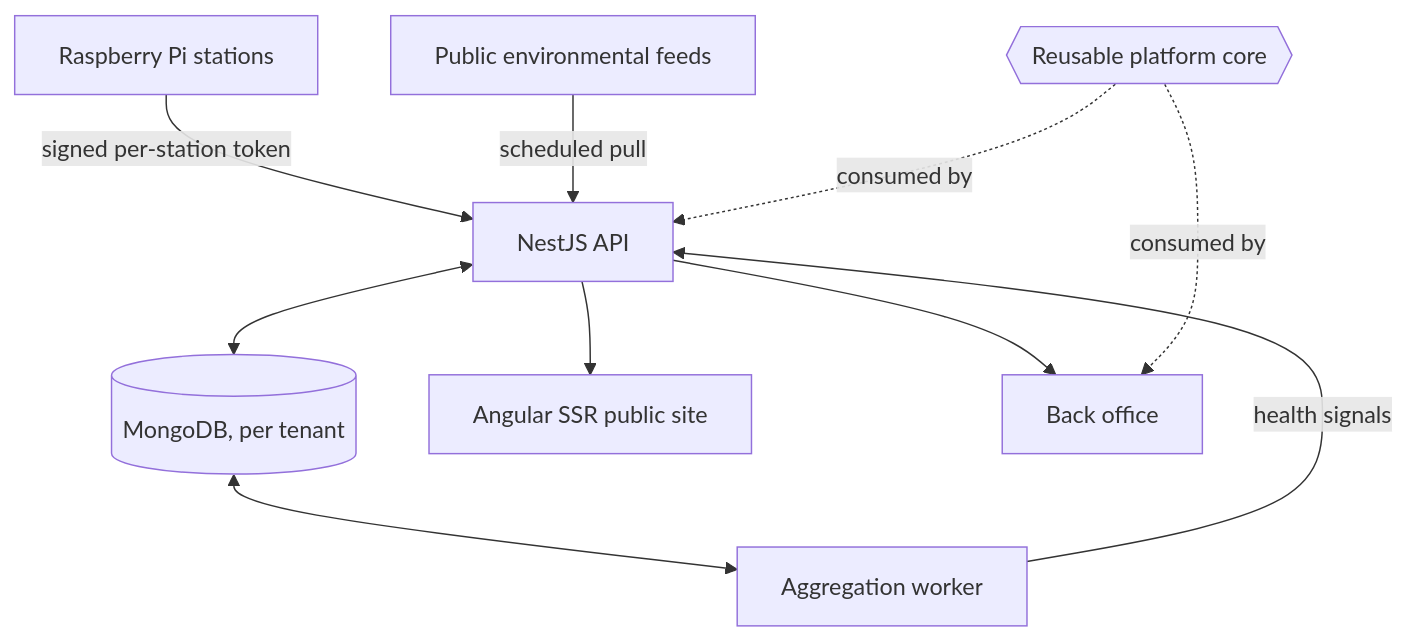
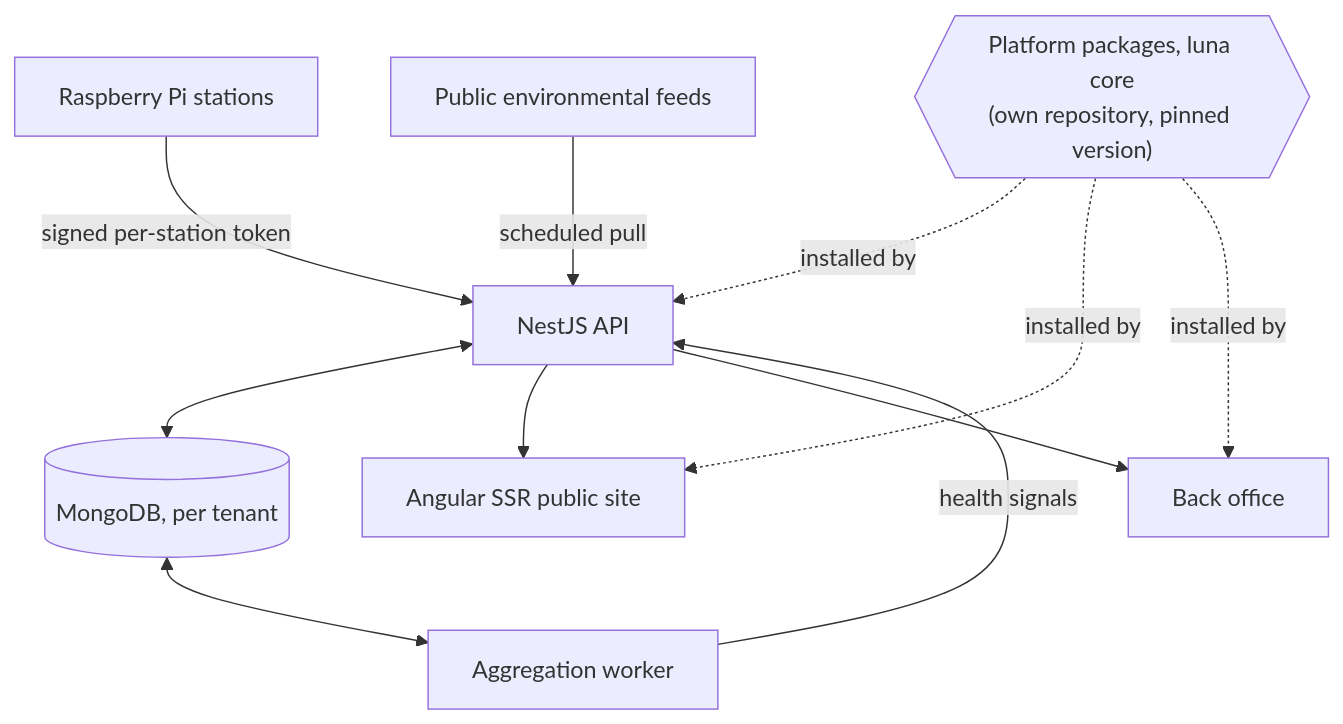
Before and after one commit to davormalnar/airquality-showcase: the diagram in README.md, drawn with Mermaid. The commit also changed other lines of this file and 4 other files, not shown here.

````diff
--- a/README.md
+++ b/README.md
@@ -68,24 +71,25 @@
 ```mermaid
 flowchart TB
     RPI["Raspberry Pi stations"]
     FEEDS["Public environmental feeds"]
 
     API["NestJS API"]
     DB[("MongoDB, per tenant")]
     AGG["Aggregation worker"]
 
     WEB["Angular SSR public site"]
     ADMIN["Back office"]
 
-    CORE{{"Reusable platform core"}}
+    CORE{{"Platform packages, luna core<br>(own repository, pinned version)"}}
 
     RPI -->|"signed per-station token"| API
     FEEDS -->|"scheduled pull"| API
     API <--> DB
     DB <--> AGG
     AGG -->|"health signals"| API
     API --> WEB
     API --> ADMIN
-    CORE -.->|"consumed by"| API
-    CORE -.->|"consumed by"| ADMIN
+    CORE -.->|"installed by"| API
+    CORE -.->|"installed by"| WEB
+    CORE -.->|"installed by"| ADMIN
 ```
````
